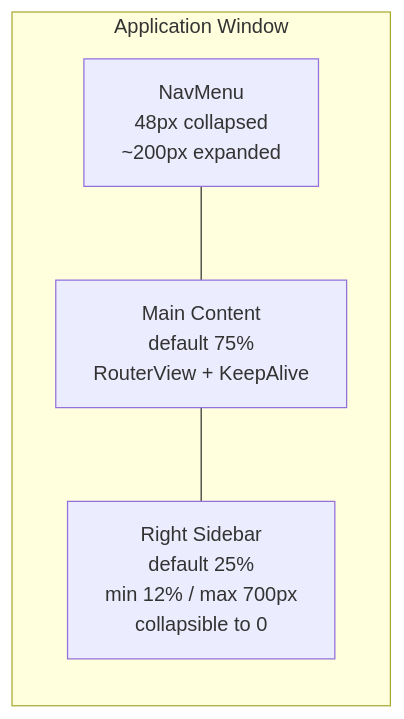
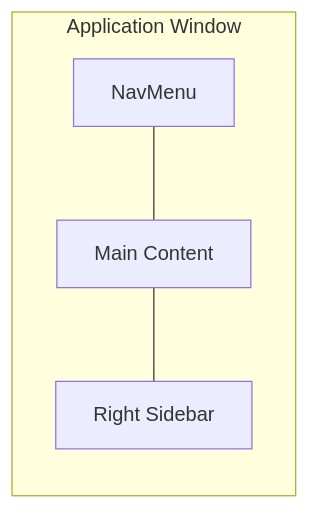
One commit to Map1en/vrcx-docs changed the diagram in en/decision/layout-strategy.md. Above: the diagram before and after it, drawn with Mermaid. The commit also changed 16 other files, not shown here.

````diff
--- a/en/decision/layout-strategy.md
+++ b/en/decision/layout-strategy.md
@@ -5,9 +5,9 @@
 ```mermaid
 graph LR
     subgraph Window["Application Window"]
-        Nav["NavMenu<br/>48px collapsed<br/>~200px expanded"]
-        Main["Main Content<br/>default 75%<br/>RouterView + KeepAlive"]
-        Side["Right Sidebar<br/>default 25%<br/>min 12% / max 700px<br/>collapsible to 0"]
+        Nav["NavMenu"]
+        Main["Main Content"]
+        Side["Right Sidebar"]
     end
     Nav --- Main --- Side
 ```
````
